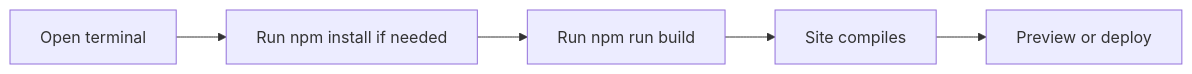
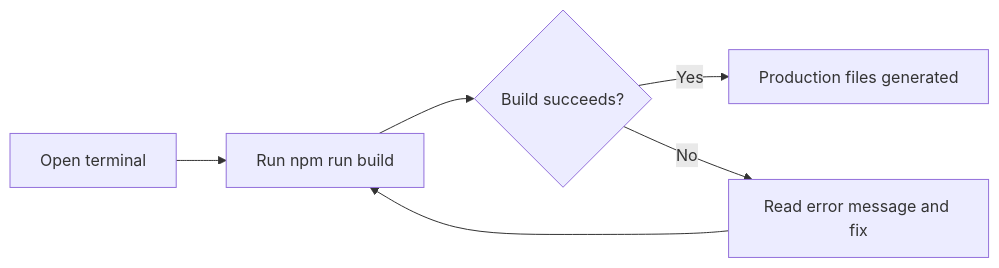
One commit to Mohita111/API2 changed the first of 2 diagrams in api2-documentation/plan_2026-11-02_f8890e/user-facing-docs/how-to-build-production-site.md. Above: the diagram before and after it, drawn with Mermaid. The commit also changed other lines of this file and 12 other files, not shown here.

````diff
--- a/api2-documentation/plan_2026-11-02_f8890e/user-facing-docs/how-to-build-production-site.md
+++ b/api2-documentation/plan_2026-11-02_f8890e/user-facing-docs/how-to-build-production-site.md
@@ -28,7 +17,8 @@
 ```mermaid
 graph LR
-    A[Open terminal] --> B[Run npm install if needed]
-    B --> C[Run npm run build]
-    C --> D[Site compiles]
-    D --> E[Preview or deploy]
+    A[Open terminal] --> B[Run npm run build]
+    B --> C{"Build succeeds?"}
+    C -->|Yes| D[Production files generated]
+    C -->|No| E[Read error message and fix]
+    E --> B
 ```
````
